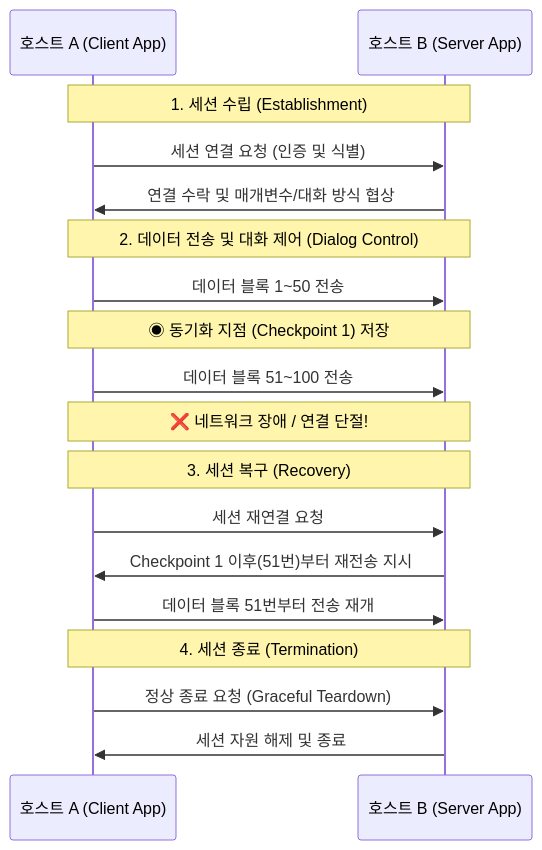
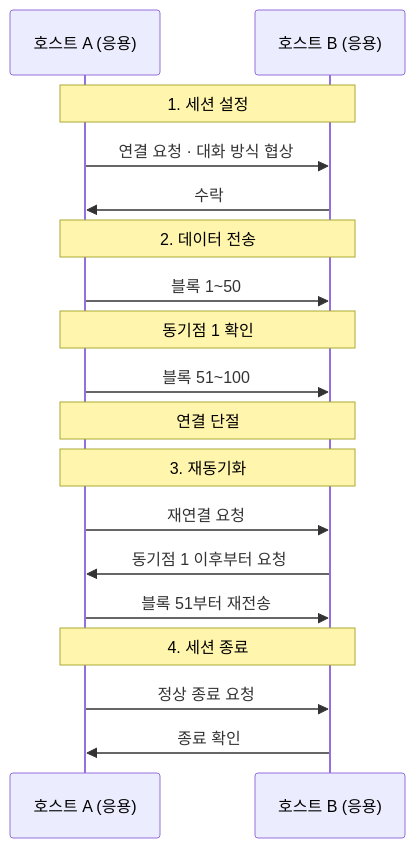
One commit to supremethumb/supremethumb.github.io changed the diagram in content/01_IT Tech/Session Layer.md. Above: the diagram before and after it, drawn with Mermaid. The commit also changed other lines of this file and 1087 other files, not shown here.

````diff
--- a/content/01_IT Tech/Session Layer.md
+++ b/content/01_IT Tech/Session Layer.md
@@ -27,25 +37,20 @@
 ```mermaid
 sequenceDiagram
-    participant App_A as 호스트 A (Client App)
-    participant App_B as 호스트 B (Server App)
-
-    Note over App_A, App_B: 1. 세션 수립 (Establishment)
-    App_A->>App_B: 세션 연결 요청 (인증 및 식별)
-    App_B->>App_A: 연결 수락 및 매개변수/대화 방식 협상
-
-    Note over App_A, App_B: 2. 데이터 전송 및 대화 제어 (Dialog Control)
-    App_A->>App_B: 데이터 블록 1~50 전송
-    Note over App_A, App_B: ◉ 동기화 지점 (Checkpoint 1) 저장
-    App_A->>App_B: 데이터 블록 51~100 전송
-    Note over App_A, App_B: ❌ 네트워크 장애 / 연결 단절!
-    
-    Note over App_A, App_B: 3. 세션 복구 (Recovery)
-    App_A->>App_B: 세션 재연결 요청
-    App_B->>App_A: Checkpoint 1 이후(51번)부터 재전송 지시
-    App_A->>App_B: 데이터 블록 51번부터 전송 재개
-
-    Note over App_A, App_B: 4. 세션 종료 (Termination)
-    App_A->>App_B: 정상 종료 요청 (Graceful Teardown)
-    App_B->>App_A: 세션 자원 해제 및 종료
-
+    participant A as 호스트 A (응용)
+    participant B as 호스트 B (응용)
+    Note over A,B: 1. 세션 설정
+    A->>B: 연결 요청 · 대화 방식 협상
+    B->>A: 수락
+    Note over A,B: 2. 데이터 전송
+    A->>B: 블록 1~50
+    Note over A,B: 동기점 1 확인
+    A->>B: 블록 51~100
+    Note over A,B: 연결 단절
+    Note over A,B: 3. 재동기화
+    A->>B: 재연결 요청
+    B->>A: 동기점 1 이후부터 요청
+    A->>B: 블록 51부터 재전송
+    Note over A,B: 4. 세션 종료
+    A->>B: 정상 종료 요청
+    B->>A: 종료 확인
 ```
````
